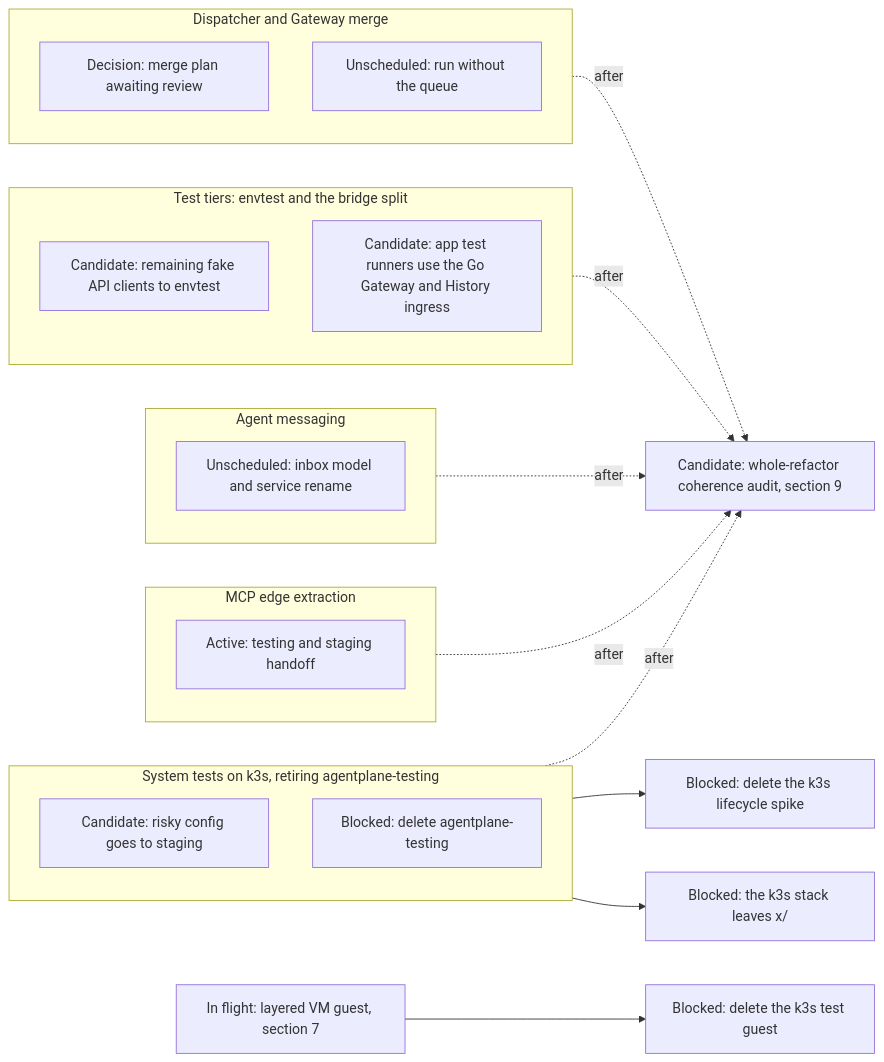
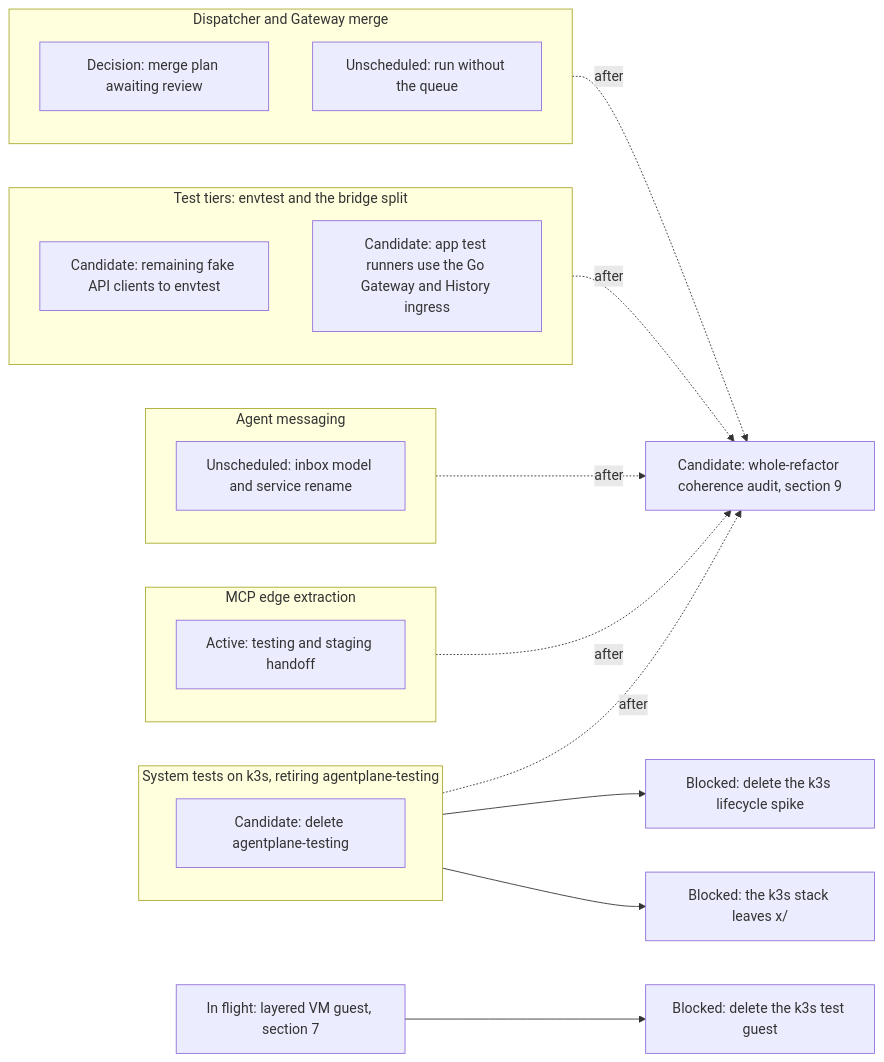
Before and after one commit to agentydragon-agent/ducktape: the first of 19 diagrams in agentplane/plans/task_dag.md, drawn with Mermaid. The commit also changed other lines of this file and 2 other files, not shown here.

First line of the commit message:
agentplane: risky changes go to staging after the system tests

````diff
--- a/agentplane/plans/task_dag.md
+++ b/agentplane/plans/task_dag.md
@@ -29,29 +29,28 @@
 ```mermaid
 flowchart LR
     subgraph ACTION_TRACK[MCP edge extraction]
         ACTION_MCP_EDGE_SPLIT[Active: testing and staging handoff]
     end
     subgraph MESSAGING_TRACK[Agent messaging]
         NOTIFICATION_SERVICE_SPLIT[Unscheduled: inbox model and service rename]
     end
     subgraph K3S_TRACK[System tests on k3s, retiring agentplane-testing]
-        STAGING_FIRST_ROLLOUT[Candidate: risky config goes to staging]
-            TESTING_ENVIRONMENT_RETIRE[Blocked: delete agentplane-testing]
+            TESTING_ENVIRONMENT_RETIRE[Candidate: delete agentplane-testing]
     end
     subgraph TIER_TRACK[Test tiers: envtest and the bridge split]
         FAKE_CLIENTS_TO_ENVTEST[Candidate: remaining fake API clients to envtest]
         APP_TEST_RUNNER_FIXTURES_GO[Candidate: app test runners use the Go Gateway and History ingress]
     end
     subgraph DISPATCH_TRACK[Dispatcher and Gateway merge]
         DISPATCHER_PERSISTENCE_MODEL_DESIGN[Decision: merge plan awaiting review]
         DISPATCHER_QUEUE_OPTIONAL[Unscheduled: run without the queue]
     end
     K3S_TRACK --> K3S_ENV_OUT_OF_X[Blocked: the k3s stack leaves x/]
     K3S_TRACK --> K3S_SPIKE_TARGETS_RETIRE[Blocked: delete the k3s lifecycle spike]
     RUNNER_LAYERING_VM[In flight: layered VM guest, section 7] --> K3S_TEST_GUEST_RETIRE[Blocked: delete the k3s test guest]
     ACTION_TRACK -. after .-> REFACTOR_COHERENCE_AUDIT[Candidate: whole-refactor coherence audit, section 9]
     MESSAGING_TRACK -. after .-> REFACTOR_COHERENCE_AUDIT
     K3S_TRACK -. after .-> REFACTOR_COHERENCE_AUDIT
     TIER_TRACK -. after .-> REFACTOR_COHERENCE_AUDIT
     DISPATCH_TRACK -. after .-> REFACTOR_COHERENCE_AUDIT
 ```
````
